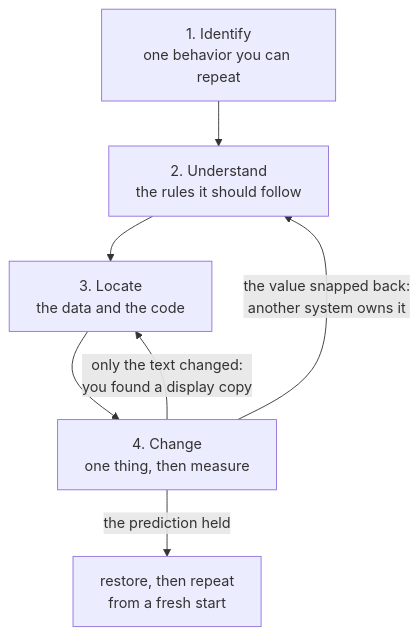
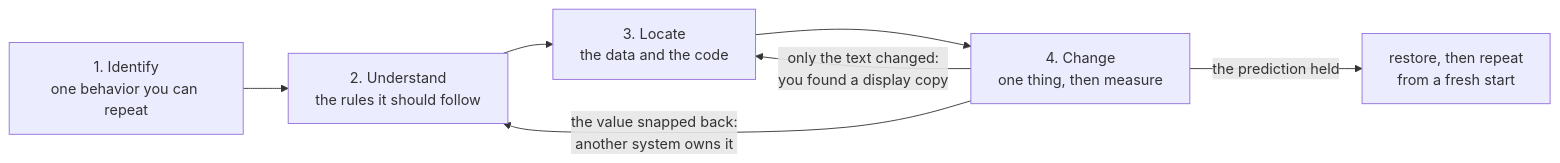
The diagram in site/src/content/docs/pages/1/06.mdx (MustCodeAl/rust-game-hacking-book), drawn with Mermaid before and after one commit. The commit also changed other lines of this file and 121 other files, not shown here.

````diff
--- a/site/src/content/docs/pages/1/06.mdx
+++ b/site/src/content/docs/pages/1/06.mdx
@@ -59,9 +30,9 @@
 ```mermaid
-flowchart TD
+flowchart LR
     I["1. Identify<br/>one behavior you can repeat"] --> U["2. Understand<br/>the rules it should follow"]
     U --> L["3. Locate<br/>the data and the code"]
     L --> C["4. Change<br/>one thing, then measure"]
     C -->|"only the text changed:<br/>you found a display copy"| L
     C -->|"the value snapped back:<br/>another system owns it"| U
     C -->|"the prediction held"| R["restore, then repeat<br/>from a fresh start"]
 ```
````
